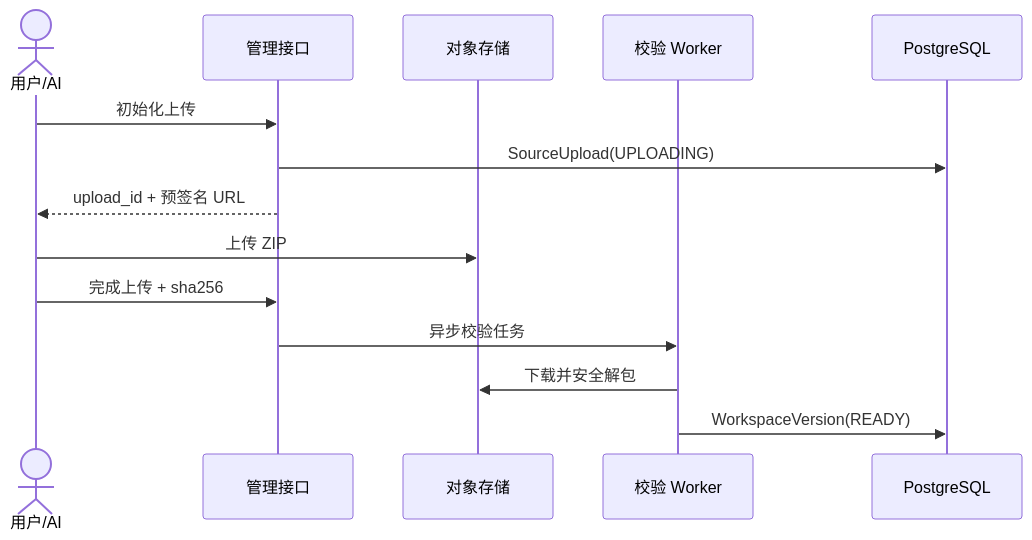
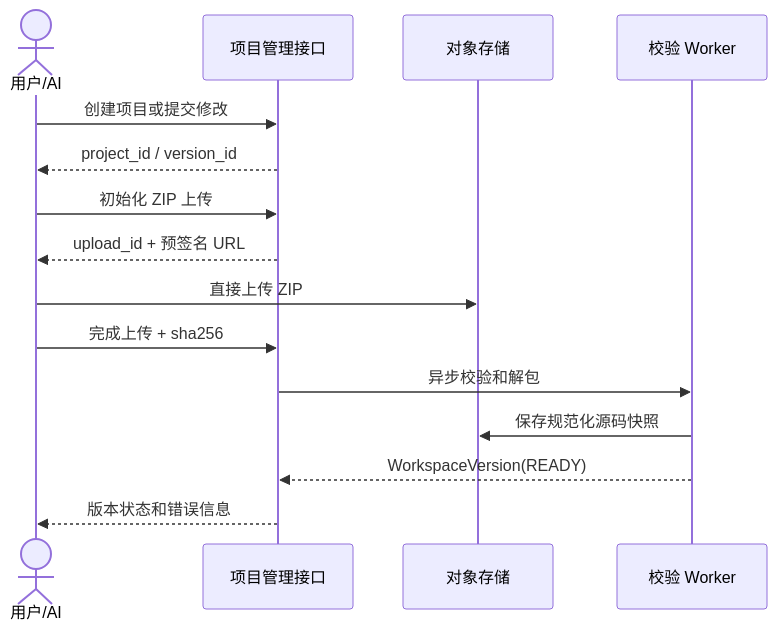
One commit to pengjianchao250/open-opscli changed the second of 3 diagrams in docs/design/AI站点生成与部署系统设计.md. Above: the diagram before and after it, drawn with Mermaid. The commit also changed other lines of this file and 1 other file, not shown here.

First line of the commit message:
docs: expand AI site and Keepa API research

````diff
--- a/docs/design/AI站点生成与部署系统设计.md
+++ b/docs/design/AI站点生成与部署系统设计.md
@@ -111,16 +51,17 @@
 ```mermaid
 sequenceDiagram
-    actor U as 用户/AI
-    participant A as 管理接口
-    participant S as 对象存储
-    participant W as 校验 Worker
-    participant D as PostgreSQL
-    U->>A: 初始化上传
-    A->>D: SourceUpload(UPLOADING)
-    A-->>U: upload_id + 预签名 URL
-    U->>S: 上传 ZIP
-    U->>A: 完成上传 + sha256
-    A->>W: 异步校验任务
-    W->>S: 下载并安全解包
-    W->>D: WorkspaceVersion(READY)
+    actor User as 用户/AI
+    participant API as 项目管理接口
+    participant Store as 对象存储
+    participant Worker as 校验 Worker
+    User->>API: 创建项目或提交修改
+    API-->>User: project_id / version_id
+    User->>API: 初始化 ZIP 上传
+    API-->>User: upload_id + 预签名 URL
+    User->>Store: 直接上传 ZIP
+    User->>API: 完成上传 + sha256
+    API->>Worker: 异步校验和解包
+    Worker->>Store: 保存规范化源码快照
+    Worker-->>API: WorkspaceVersion(READY)
+    API-->>User: 版本状态和错误信息
 ```
````
